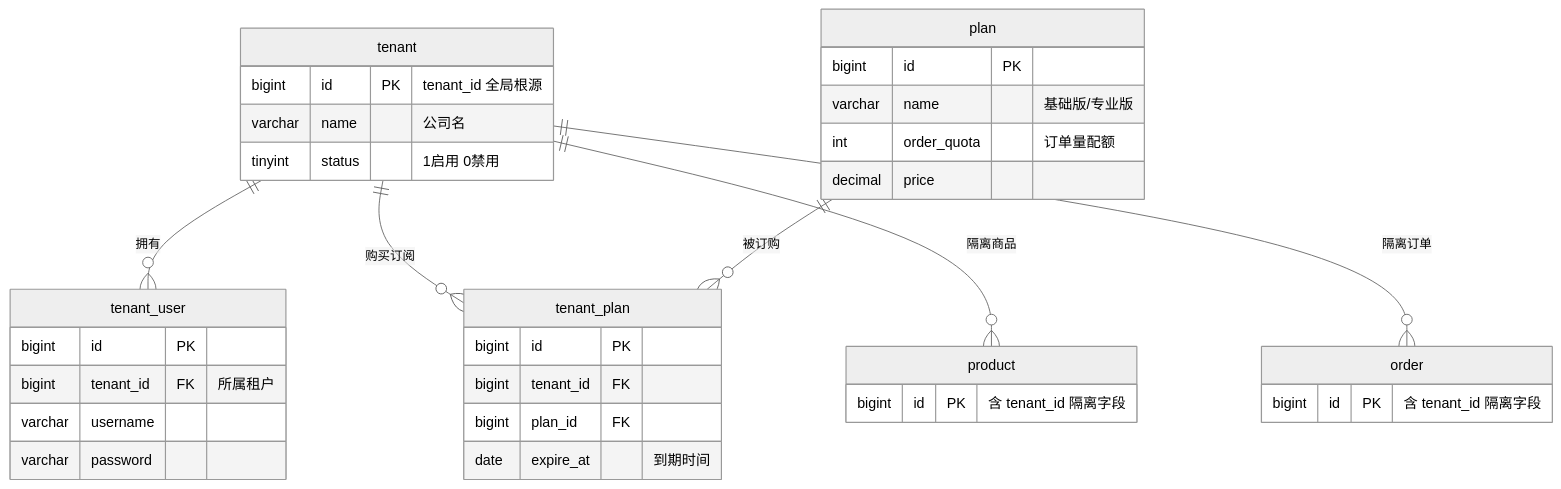
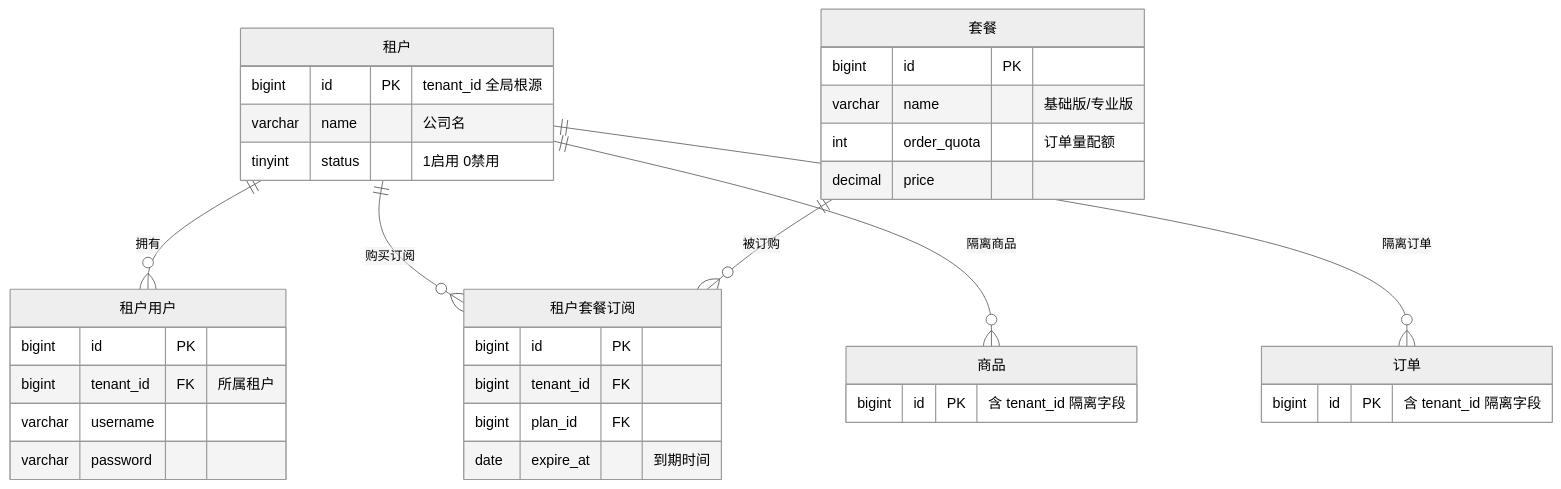
Before and after one commit to zzy-repo/qiqi-mall: the diagram in docs/er/tenant.mmd, drawn with Mermaid (neutral theme). The commit also changed 7 other files, not shown here.

Commit message:
docs: ER 图实体改为中文名

```diff
--- a/docs/er/tenant.mmd
+++ b/docs/er/tenant.mmd
@@ -1,36 +1,36 @@
 erDiagram
-    tenant ||--o{ tenant_user : "拥有"
-    tenant ||--o{ tenant_plan : "购买订阅"
-    plan ||--o{ tenant_plan : "被订购"
-    tenant ||--o{ product : "隔离商品"
-    tenant ||--o{ order : "隔离订单"
+    租户 ||--o{ 租户用户 : "拥有"
+    租户 ||--o{ 租户套餐订阅 : "购买订阅"
+    套餐 ||--o{ 租户套餐订阅 : "被订购"
+    租户 ||--o{ 商品 : "隔离商品"
+    租户 ||--o{ 订单 : "隔离订单"
 
-    tenant {
+    租户 {
         bigint id PK "tenant_id 全局根源"
         varchar name "公司名"
         tinyint status "1启用 0禁用"
     }
-    tenant_user {
+    租户用户 {
         bigint id PK
         bigint tenant_id FK "所属租户"
         varchar username
         varchar password
     }
-    plan {
+    套餐 {
         bigint id PK
         varchar name "基础版/专业版"
         int order_quota "订单量配额"
         decimal price
     }
-    tenant_plan {
+    租户套餐订阅 {
         bigint id PK
         bigint tenant_id FK
         bigint plan_id FK
         date expire_at "到期时间"
     }
-    product {
+    商品 {
         bigint id PK "含 tenant_id 隔离字段"
     }
-    order {
+    订单 {
         bigint id PK "含 tenant_id 隔离字段"
     }
```
